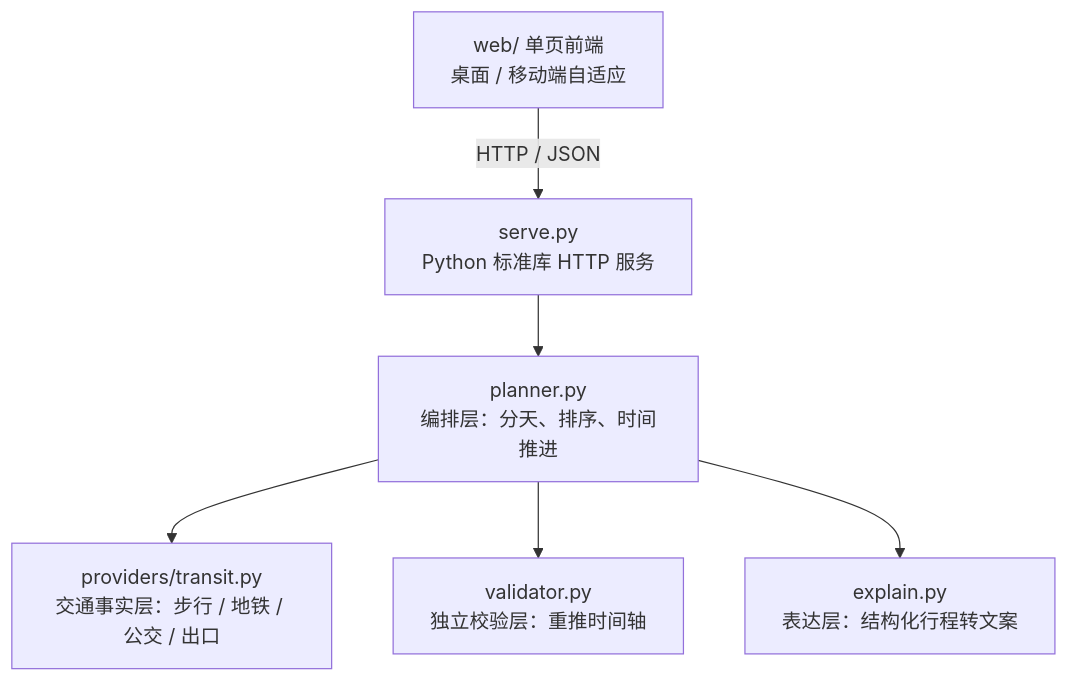
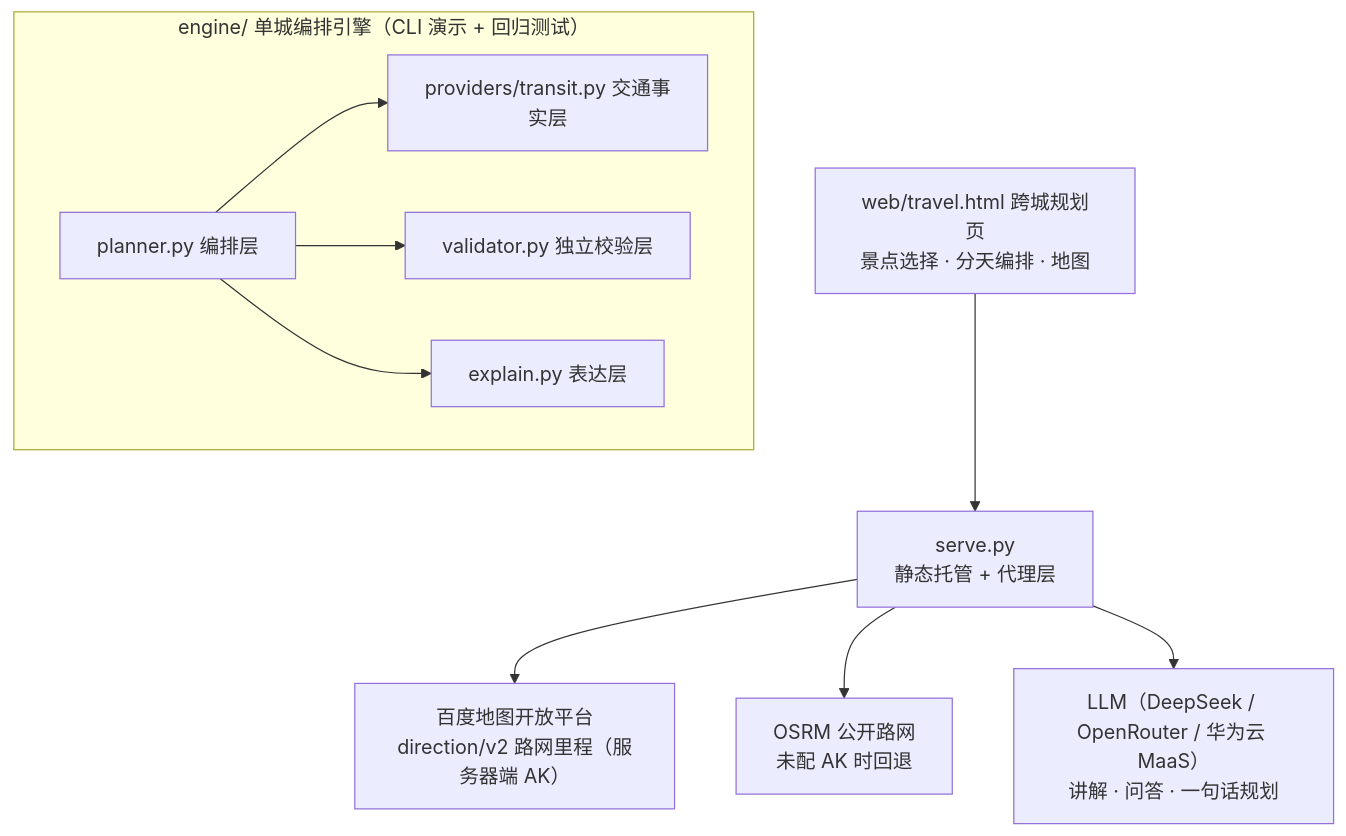
Before and after one commit to Rylin512/ict-itinerary-engine: the diagram in README.md, drawn with Mermaid. The commit also changed other lines of this file and 9 other files, not shown here.

````diff
--- a/README.md
+++ b/README.md
@@ -57,8 +53,12 @@
 ```mermaid
 flowchart TD
-    W["web/ 单页前端<br/>桌面 / 移动端自适应"] -->|HTTP / JSON| S["serve.py<br/>Python 标准库 HTTP 服务"]
-    S --> P["planner.py<br/>编排层：分天、排序、时间推进"]
-    P --> T["providers/transit.py<br/>交通事实层：步行 / 地铁 / 公交 / 出口"]
-    P --> V["validator.py<br/>独立校验层：重推时间轴"]
-    P --> E["explain.py<br/>表达层：结构化行程转文案"]
+    W["web/travel.html 跨城规划页<br/>景点选择 · 分天编排 · 地图"] --> S["serve.py<br/>静态托管 + 代理层"]
+    S --> B["百度地图开放平台<br/>direction/v2 路网里程（服务器端 AK）"]
+    S --> O["OSRM 公开路网<br/>未配 AK 时回退"]
+    S --> L["LLM（DeepSeek / OpenRouter / 华为云 MaaS）<br/>讲解 · 问答 · 一句话规划"]
+    subgraph engine["engine/ 单城编排引擎（CLI 演示 + 回归测试）"]
+        P["planner.py 编排层"] --> T["providers/transit.py 交通事实层"]
+        P --> V["validator.py 独立校验层"]
+        P --> E["explain.py 表达层"]
+    end
 ```
````
